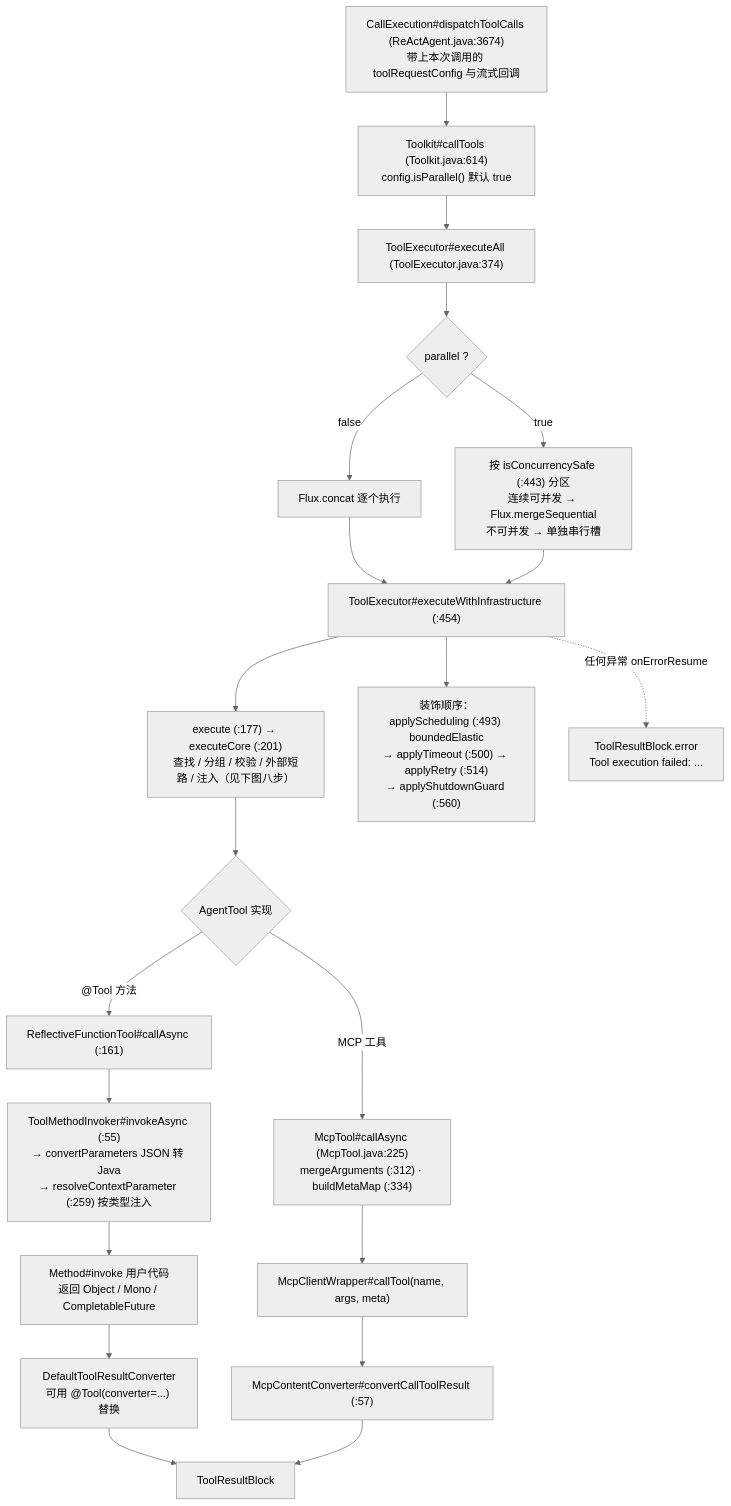
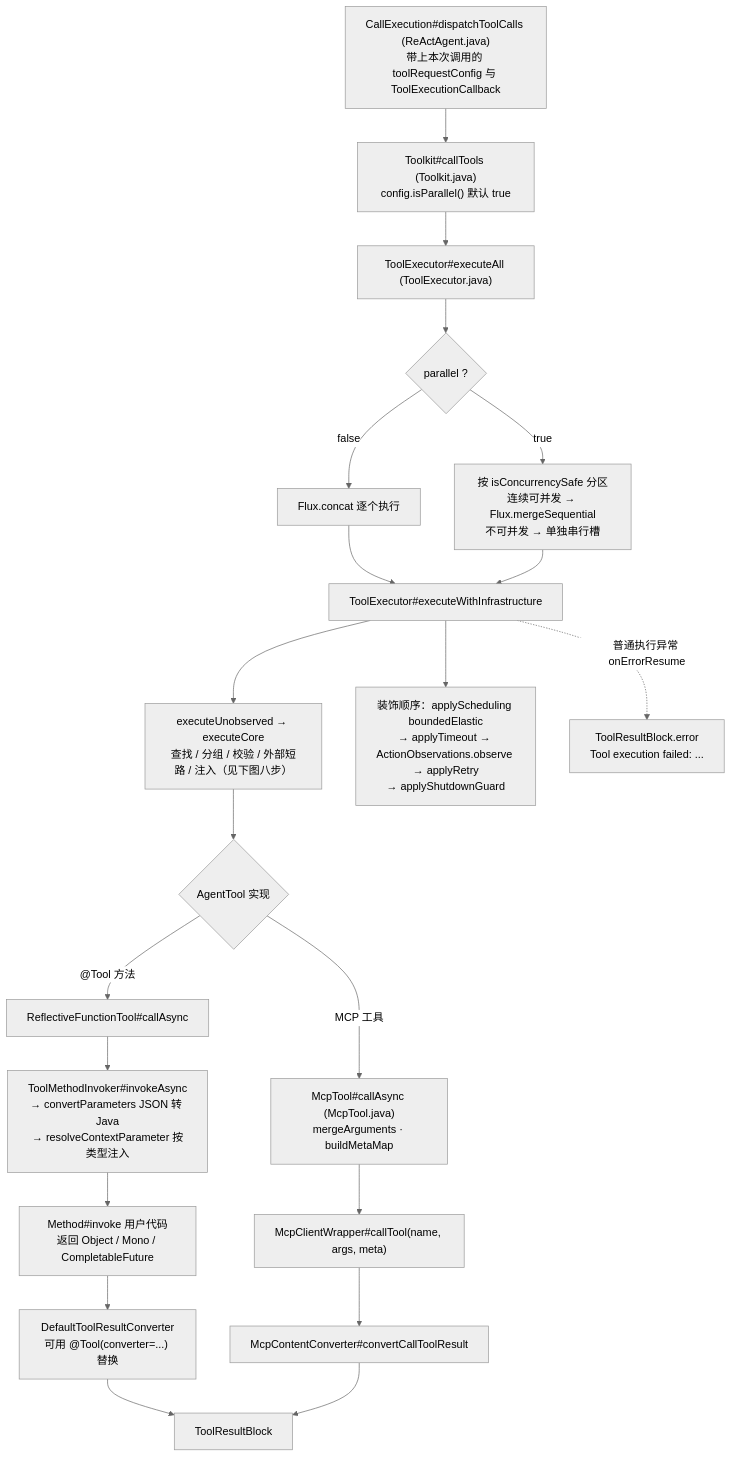
Before and after one commit to liulangjietou/AgentScope-source-analysis: the third of 5 diagrams in 04-工具系统.md, drawn with Mermaid (neutral theme). The commit also changed other lines of this file and 13 other files, not shown here.

Commit message:
docs: align source guide and diagrams with main dcb131a3

````diff
--- a/04-工具系统.md
+++ b/04-工具系统.md
@@ -101,23 +103,23 @@
 ```mermaid
 flowchart TB
-    DT["CallExecution#dispatchToolCalls (ReActAgent.java:3674)<br/>带上本次调用的 toolRequestConfig 与流式回调"] --> CT["Toolkit#callTools (Toolkit.java:614)<br/>config.isParallel() 默认 true"]
-    CT --> EA["ToolExecutor#executeAll (ToolExecutor.java:374)"]
+    DT["CallExecution#dispatchToolCalls (ReActAgent.java)<br/>带上本次调用的 toolRequestConfig 与 ToolExecutionCallback"] --> CT["Toolkit#callTools (Toolkit.java)<br/>config.isParallel() 默认 true"]
+    CT --> EA["ToolExecutor#executeAll (ToolExecutor.java)"]
     EA --> PAR{"parallel ?"}
     PAR -->|"false"| SEQ["Flux.concat 逐个执行"]
-    PAR -->|"true"| PART["按 isConcurrencySafe (:443) 分区<br/>连续可并发 → Flux.mergeSequential<br/>不可并发 → 单独串行槽"]
+    PAR -->|"true"| PART["按 isConcurrencySafe 分区<br/>连续可并发 → Flux.mergeSequential<br/>不可并发 → 单独串行槽"]
     SEQ --> WI
-    PART --> WI["ToolExecutor#executeWithInfrastructure (:454)"]
-    WI --> EX["execute (:177) → executeCore (:201)<br/>查找 / 分组 / 校验 / 外部短路 / 注入（见下图八步）"]
-    WI --> DEC["装饰顺序：applyScheduling (:493) boundedElastic<br/>→ applyTimeout (:500) → applyRetry (:514)<br/>→ applyShutdownGuard (:560)"]
+    PART --> WI["ToolExecutor#executeWithInfrastructure"]
+    WI --> EX["executeUnobserved → executeCore<br/>查找 / 分组 / 校验 / 外部短路 / 注入（见下图八步）"]
+    WI --> DEC["装饰顺序：applyScheduling boundedElastic<br/>→ applyTimeout → ActionObservations.observe → applyRetry<br/>→ applyShutdownGuard"]
     EX --> KIND{"AgentTool 实现"}
-    KIND -->|"@Tool 方法"| RFT["ReflectiveFunctionTool#callAsync (:161)"]
-    RFT --> INV["ToolMethodInvoker#invokeAsync (:55)<br/>→ convertParameters JSON 转 Java<br/>→ resolveContextParameter (:259) 按类型注入"]
+    KIND -->|"@Tool 方法"| RFT["ReflectiveFunctionTool#callAsync"]
+    RFT --> INV["ToolMethodInvoker#invokeAsync<br/>→ convertParameters JSON 转 Java<br/>→ resolveContextParameter 按类型注入"]
     INV --> MI["Method#invoke 用户代码<br/>返回 Object / Mono / CompletableFuture"]
     MI --> CONV["DefaultToolResultConverter<br/>可用 @Tool(converter=...) 替换"]
-    KIND -->|"MCP 工具"| MT["McpTool#callAsync (McpTool.java:225)<br/>mergeArguments (:312) · buildMetaMap (:334)"]
+    KIND -->|"MCP 工具"| MT["McpTool#callAsync (McpTool.java)<br/>mergeArguments · buildMetaMap"]
     MT --> MCW["McpClientWrapper#callTool(name, args, meta)"]
-    MCW --> MCC["McpContentConverter#convertCallToolResult (:57)"]
+    MCW --> MCC["McpContentConverter#convertCallToolResult"]
     CONV --> OUT["ToolResultBlock"]
     MCC --> OUT
-    WI -.->|"任何异常 onErrorResume"| ERR["ToolResultBlock.error<br/>Tool execution failed: ..."]
+    WI -.->|"普通执行异常 onErrorResume"| ERR["ToolResultBlock.error<br/>Tool execution failed: ..."]
 ```
````
